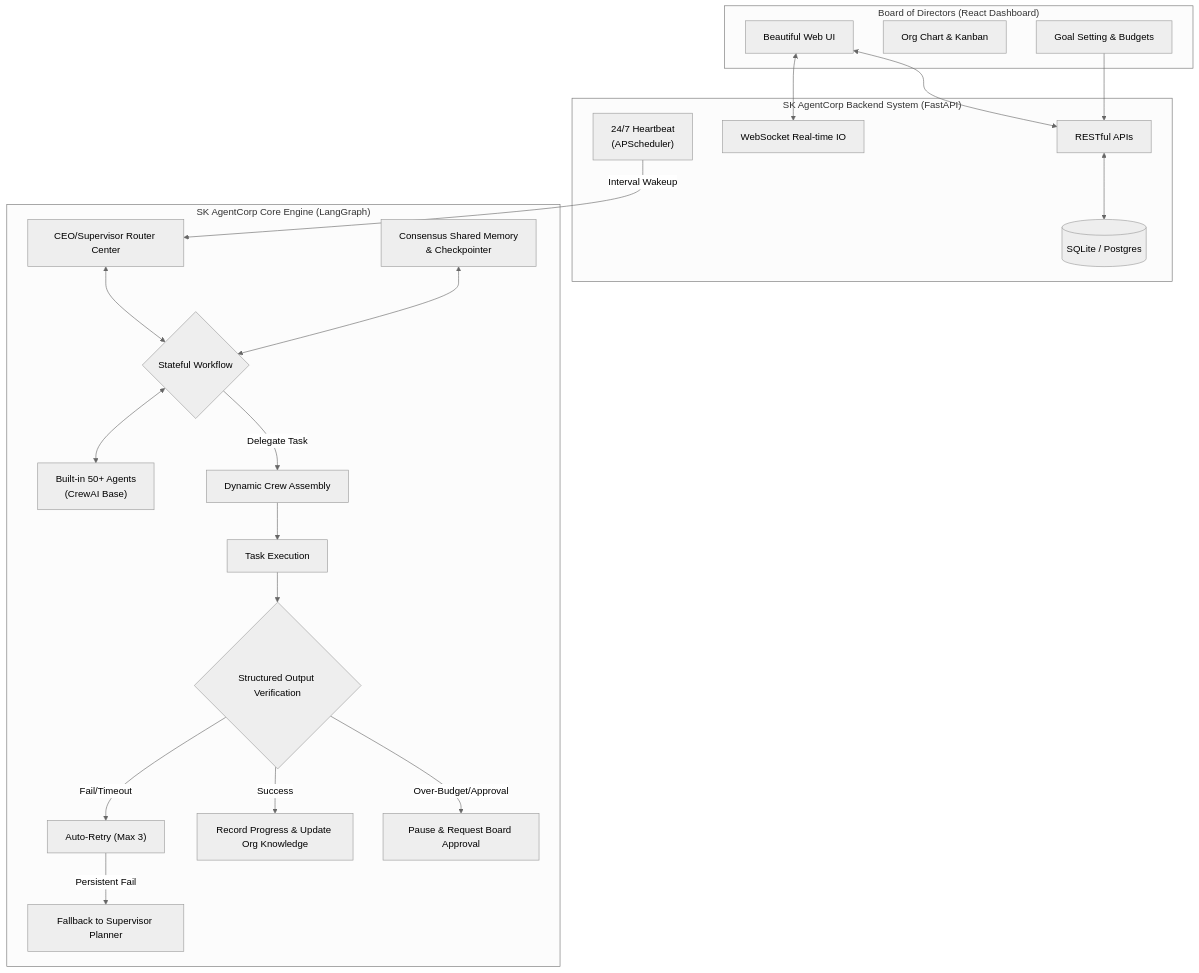
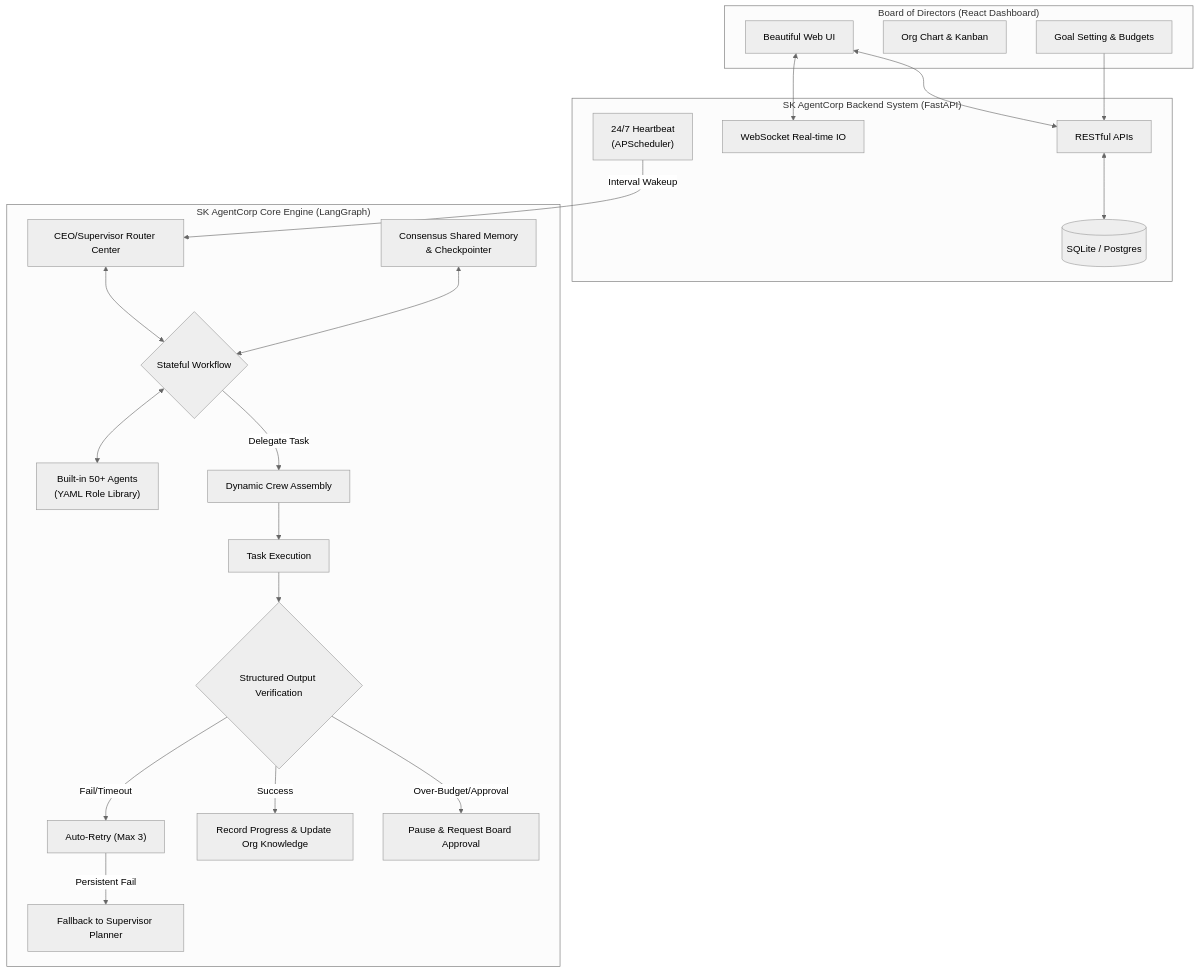
One commit to sihuangtech/sk-agentcorp changed the diagram in README.md. Above: the diagram before and after it, drawn with Mermaid (neutral theme). The commit also changed other lines of this file and 3 other files, not shown here.

````diff
--- a/README.md
+++ b/README.md
@@ -28,40 +28,40 @@
 ```mermaid
 graph TD
     subgraph "Board of Directors (React Dashboard)"
         UI[Beautiful Web UI]
         Vis[Org Chart & Kanban]
         Controls[Goal Setting & Budgets]
     end
 
     subgraph "SK AgentCorp Backend System (FastAPI)"
         API[RESTful APIs]
         WS[WebSocket Real-time IO]
         DB[(SQLite / Postgres)]
         Heartbeat["24/7 Heartbeat<br/>(APScheduler)"]
     end
 
     subgraph "SK AgentCorp Core Engine (LangGraph)"
         Controller["CEO/Supervisor Router Center"]
         State["Consensus Shared Memory<br/>& Checkpointer"]
-        WorkerPool["Built-in 50+ Agents<br/>(CrewAI Base)"]
+        WorkerPool["Built-in 50+ Agents<br/>(YAML Role Library)"]
         
         Graph{"Stateful Workflow"}
         Graph -->|Delegate Task| BuildCrew["Dynamic Crew Assembly"]
         BuildCrew --> Execute["Task Execution"]
         Execute --> Verify{"Structured Output Verification"}
         Verify -->|Fail/Timeout| Retry["Auto-Retry (Max 3)"]
         Retry -->|Persistent Fail| Fallback["Fallback to Supervisor Planner"]
         Verify -->|Success| DB_Record["Record Progress & Update Org Knowledge"]
         Verify -->|Over-Budget/Approval| Human["Pause & Request Board Approval"]
     end
 
     UI <--> API
     UI <--> WS
     Controls --> API
     API <--> DB
     
     Heartbeat -->|Interval Wakeup| Controller
     Controller <--> Graph
     State <--> Graph
     Graph <--> WorkerPool
 ```
````
